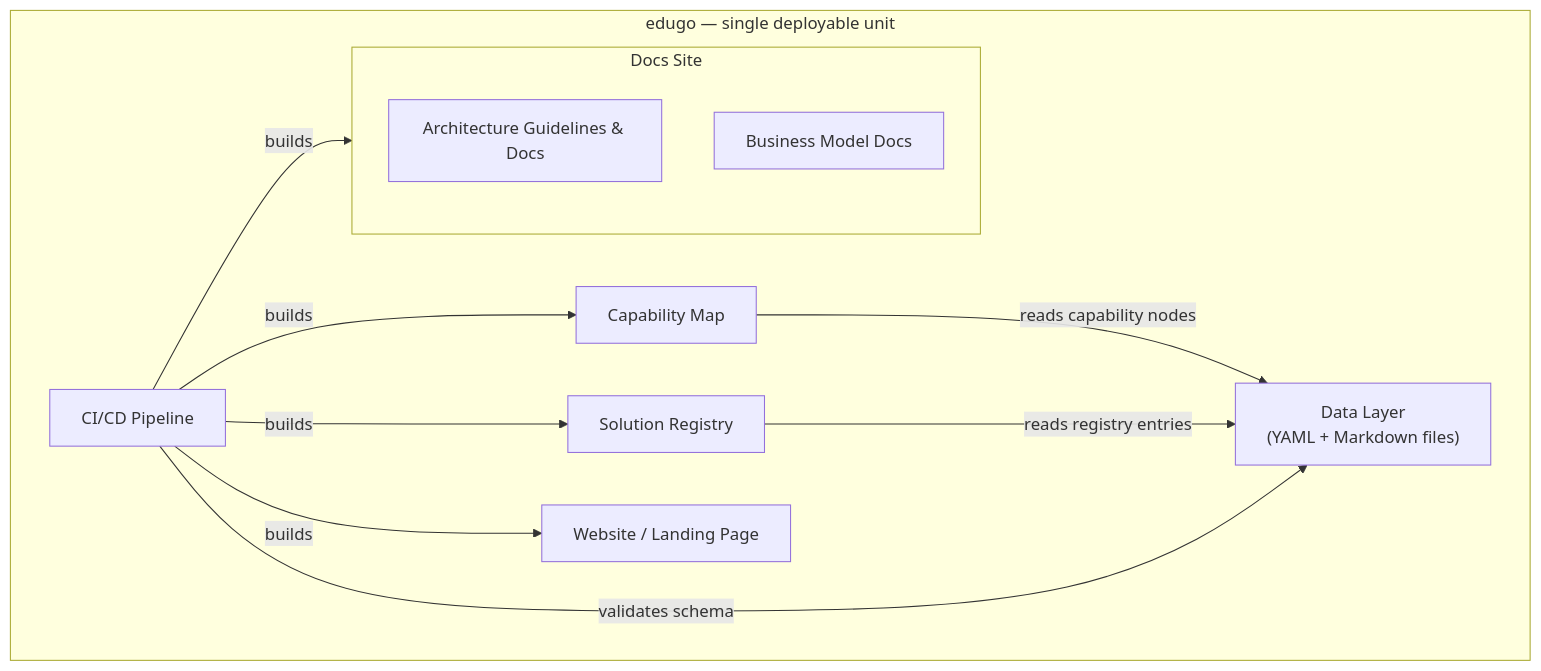
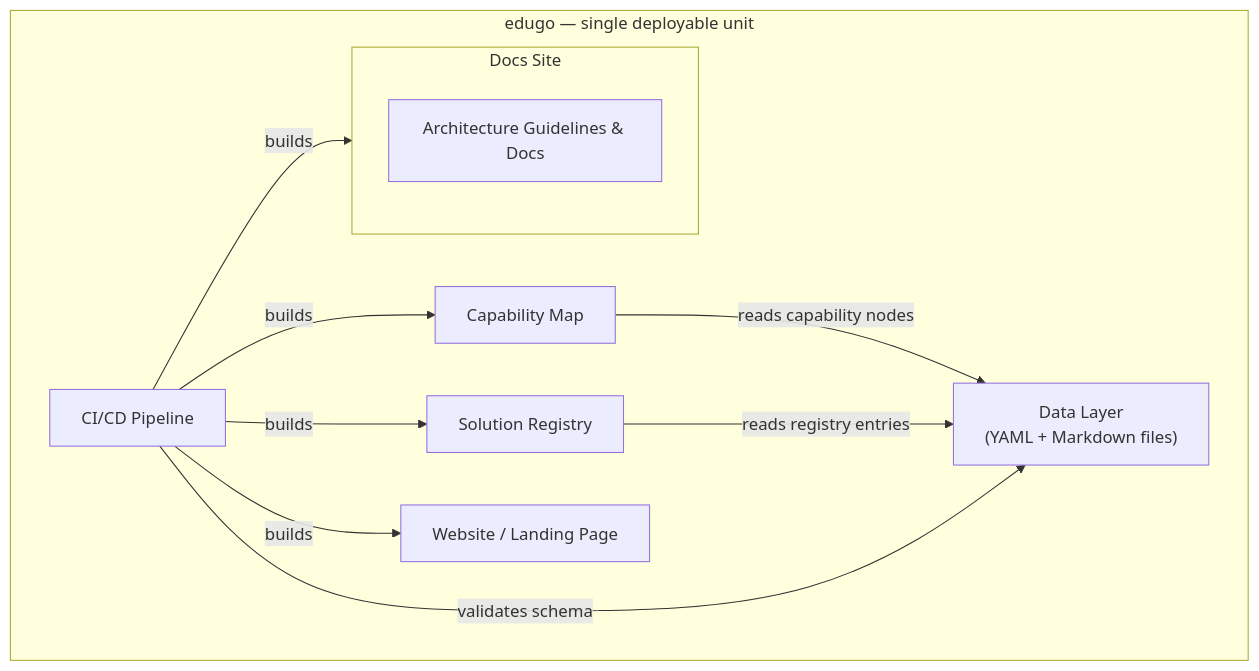
The diagram in docs/arc42/05-building-blocks.arc42.md (lernapps/map), drawn with Mermaid before and after one commit. The commit also changed other lines of this file and 7 other files, not shown here.

First line of the commit message:
docs(arc42): make the imported architecture valid for the map repo

````diff
--- a/docs/arc42/05-building-blocks.arc42.md
+++ b/docs/arc42/05-building-blocks.arc42.md
@@ -21,22 +21,21 @@
 ```mermaid
 graph TD
   subgraph edugo["edugo — single deployable unit"]
     bb_website["Website / Landing Page"]
     bb_cap["Capability Map"]
     bb_reg["Solution Registry"]
     bb_data["Data Layer\n(YAML + Markdown files)"]
     subgraph bb_docs["Docs Site"]
       bb_arc42["Architecture Guidelines & Docs"]
-      bb_biz42["Business Model Docs"]
     end
     bb_cicd["CI/CD Pipeline"]
   end
 
   bb_cap -->|reads capability nodes| bb_data
   bb_reg -->|reads registry entries| bb_data
   bb_cicd -->|validates schema| bb_data
   bb_cicd -->|builds| bb_website
   bb_cicd -->|builds| bb_cap
   bb_cicd -->|builds| bb_reg
   bb_cicd -->|builds| bb_docs
 ```
````
